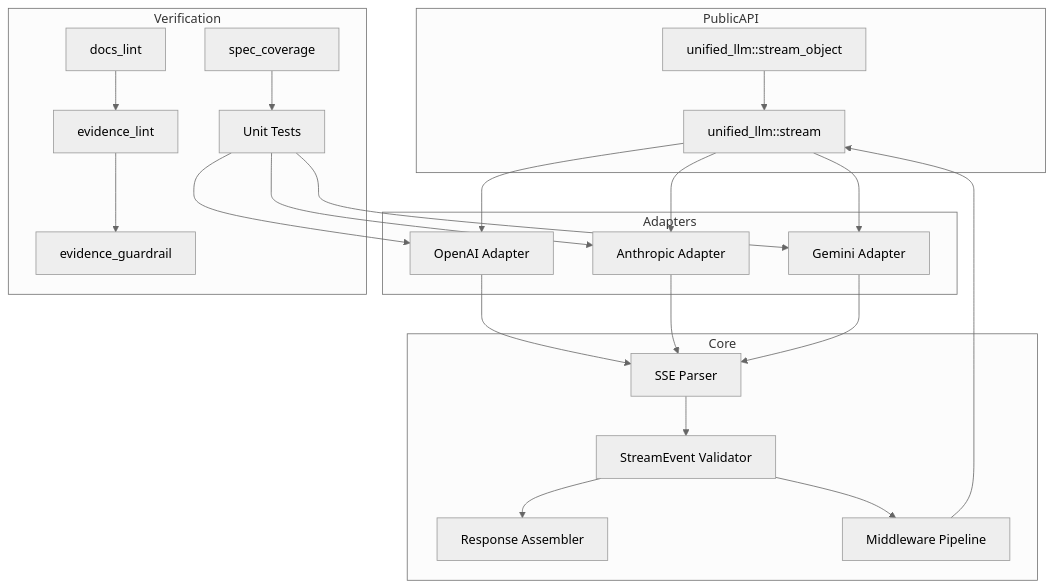
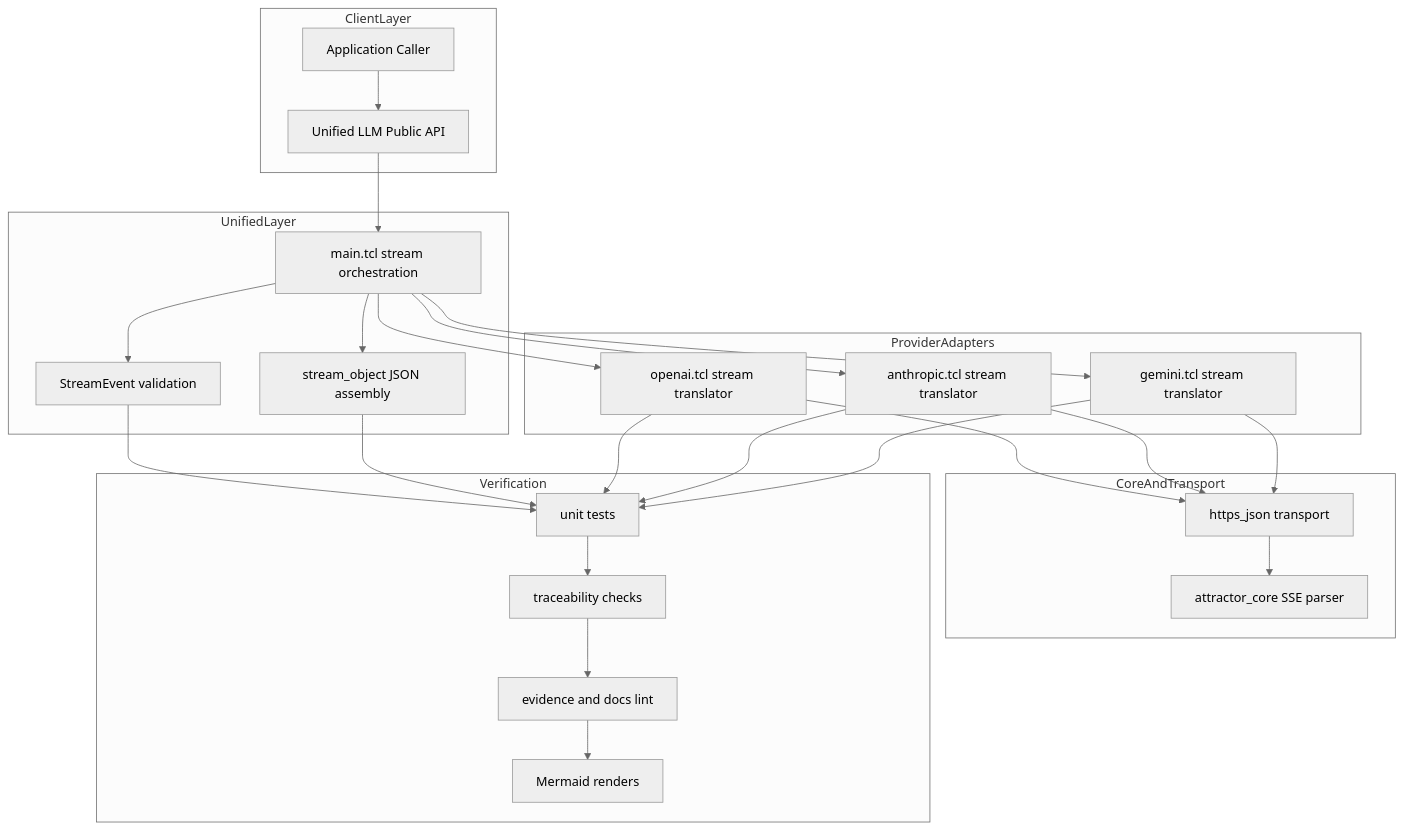
The fifth of 5 diagrams in docs/sprints/SPRINT-005-comprehensive-implementation-plan.md (jaytaylor/attractor-tcl), drawn with Mermaid (neutral theme) before and after one commit. The commit also changed other lines of this file, not shown here.

````diff
--- a/docs/sprints/SPRINT-005-comprehensive-implementation-plan.md
+++ b/docs/sprints/SPRINT-005-comprehensive-implementation-plan.md
@@ -1712,46 +696,51 @@
 ```mermaid
 flowchart TB
-  subgraph PublicAPI
-    U[unified_llm::stream]
-    O[unified_llm::stream_object]
+  subgraph ClientLayer
+    A1[Application Caller]
+    A2[Unified LLM Public API]
   end
 
-  subgraph Adapters
-    OA[OpenAI Adapter]
-    AN[Anthropic Adapter]
-    GE[Gemini Adapter]
+  subgraph UnifiedLayer
+    B1[main.tcl stream orchestration]
+    B2[StreamEvent validation]
+    B3[stream_object JSON assembly]
   end
 
-  subgraph Core
-    SP[SSE Parser]
-    EV[StreamEvent Validator]
-    RA[Response Assembler]
-    MW[Middleware Pipeline]
+  subgraph ProviderAdapters
+    C1[openai.tcl stream translator]
+    C2[anthropic.tcl stream translator]
+    C3[gemini.tcl stream translator]
+  end
+
+  subgraph CoreAndTransport
+    D1[attractor_core SSE parser]
+    D2[https_json transport]
   end
 
   subgraph Verification
-    UT[Unit Tests]
-    SC[spec_coverage]
-    DL[docs_lint]
-    EL[evidence_lint]
-    EG[evidence_guardrail]
+    E1[unit tests]
+    E2[traceability checks]
+    E3[evidence and docs lint]
+    E4[Mermaid renders]
   end
 
-  U --> OA
-  U --> AN
-  U --> GE
-  O --> U
-  OA --> SP
-  AN --> SP
-  GE --> SP
-  SP --> EV
-  EV --> RA
-  EV --> MW
-  MW --> U
-  UT --> OA
-  UT --> AN
-  UT --> GE
-  SC --> UT
-  DL --> EL
-  EL --> EG
+  A1 --> A2
+  A2 --> B1
+  B1 --> B2
+  B1 --> B3
+  B1 --> C1
+  B1 --> C2
+  B1 --> C3
+  C1 --> D2
+  C2 --> D2
+  C3 --> D2
+  D2 --> D1
+  B2 --> E1
+  B3 --> E1
+  C1 --> E1
+  C2 --> E1
+  C3 --> E1
+  E1 --> E2
+  E2 --> E3
+  E3 --> E4
 ```
````
